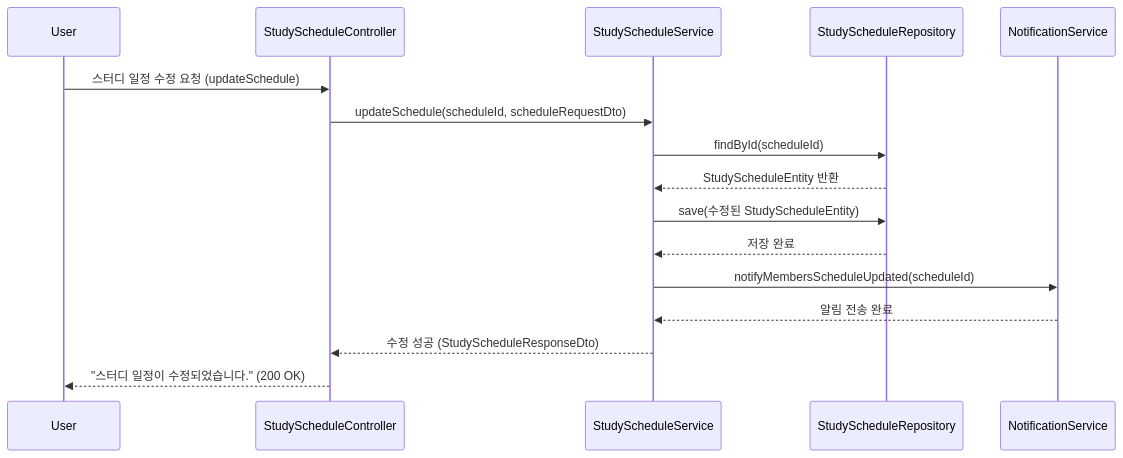
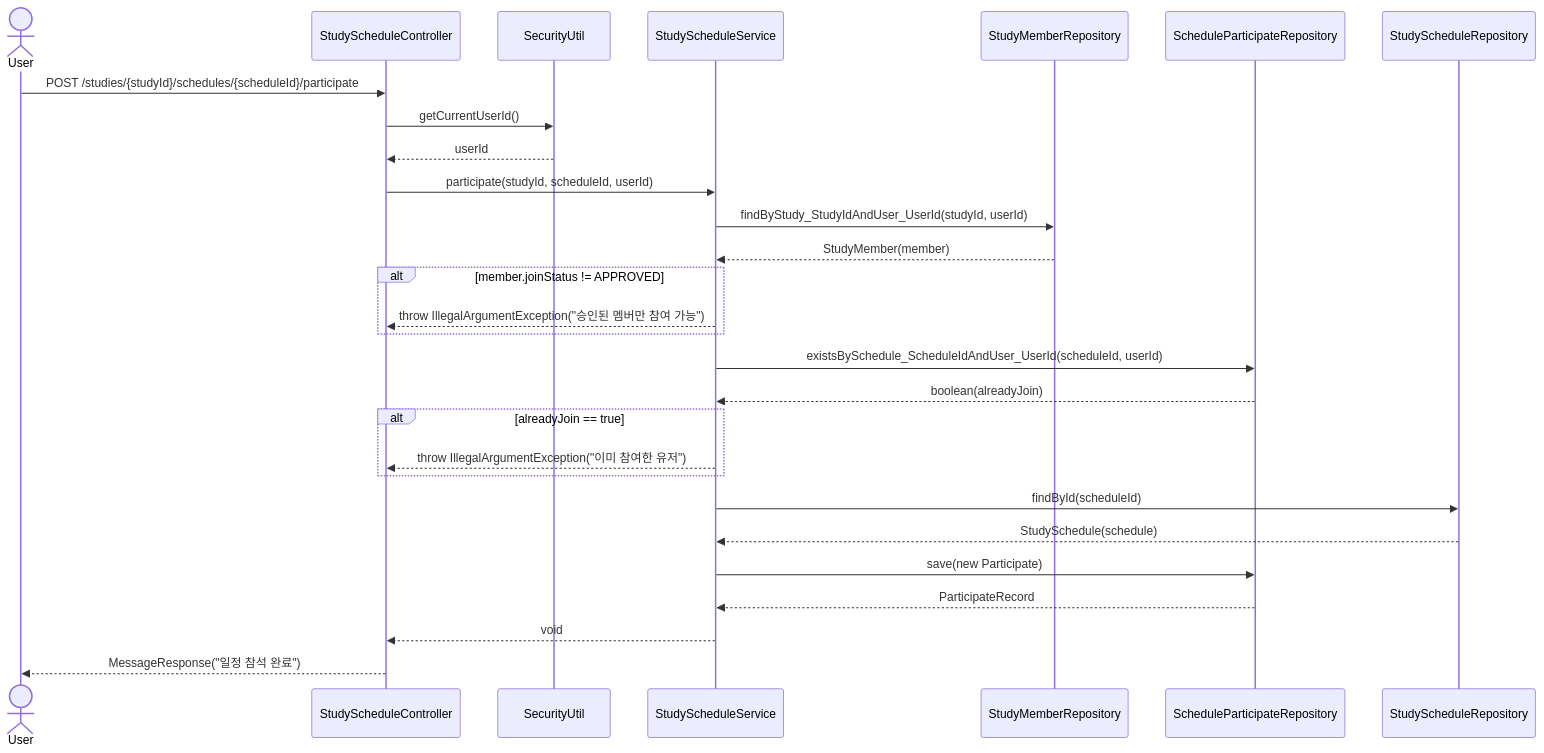
One commit to OHWCH/se_dev changed diagram 27 of 47 in SDS_[깃라잡이].md. Above: the diagram before and after it, drawn with Mermaid. The commit also changed other lines of this file, not shown here.

Commit message:
스터디 시퀀스 다이어그램

````diff
--- a/SDS_[깃라잡이].md
+++ b/SDS_[깃라잡이].md
@@ -5129,20 +5346,37 @@
 ```mermaid
 sequenceDiagram
-    participant User
-    participant StudyScheduleController
-    participant StudyScheduleService
-    participant StudyScheduleRepository
-    participant NotificationService
+    actor User
+    User ->> StudyScheduleController: POST /studies/{studyId}/schedules/{scheduleId}/participate
+    StudyScheduleController ->> SecurityUtil: getCurrentUserId()
+    SecurityUtil -->> StudyScheduleController: userId
 
-    User->>StudyScheduleController: 스터디 일정 수정 요청 (updateSchedule)
-    StudyScheduleController->>StudyScheduleService: updateSchedule(scheduleId, scheduleRequestDto)
-    StudyScheduleService->>StudyScheduleRepository: findById(scheduleId)
-    StudyScheduleRepository-->>StudyScheduleService: StudyScheduleEntity 반환
-    StudyScheduleService->>StudyScheduleRepository: save(수정된 StudyScheduleEntity)
-    StudyScheduleRepository-->>StudyScheduleService: 저장 완료
-    StudyScheduleService->>NotificationService: notifyMembersScheduleUpdated(scheduleId)
-    NotificationService-->>StudyScheduleService: 알림 전송 완료
-    StudyScheduleService-->>StudyScheduleController: 수정 성공 (StudyScheduleResponseDto)
-    StudyScheduleController-->>User: "스터디 일정이 수정되었습니다." (200 OK)
+    StudyScheduleController ->> StudyScheduleService: participate(studyId, scheduleId, userId)
+
+    %% 1. 멤버 여부 및 승인 확인
+    StudyScheduleService ->> StudyMemberRepository: findByStudy_StudyIdAndUser_UserId(studyId, userId)
+    StudyMemberRepository -->> StudyScheduleService: StudyMember(member)
+
+    alt member.joinStatus != APPROVED
+        StudyScheduleService -->> StudyScheduleController: throw IllegalArgumentException("승인된 멤버만 참여 가능")
+    end
+
+    %% 2. 이미 참여했는지 확인
+    StudyScheduleService ->> ScheduleParticipateRepository: existsBySchedule_ScheduleIdAndUser_UserId(scheduleId, userId)
+    ScheduleParticipateRepository -->> StudyScheduleService: boolean(alreadyJoin)
+
+    alt alreadyJoin == true
+        StudyScheduleService -->> StudyScheduleController: throw IllegalArgumentException("이미 참여한 유저")
+    end
+
+    %% 3. 스케줄 조회
+    StudyScheduleService ->> StudyScheduleRepository: findById(scheduleId)
+    StudyScheduleRepository -->> StudyScheduleService: StudySchedule(schedule)
+
+    %% 4. 참여 저장
+    StudyScheduleService ->> ScheduleParticipateRepository: save(new Participate)
+    ScheduleParticipateRepository -->> StudyScheduleService: ParticipateRecord
+
+    StudyScheduleService -->> StudyScheduleController: void
+    StudyScheduleController -->> User: MessageResponse("일정 참석 완료")
 
 ```
````
